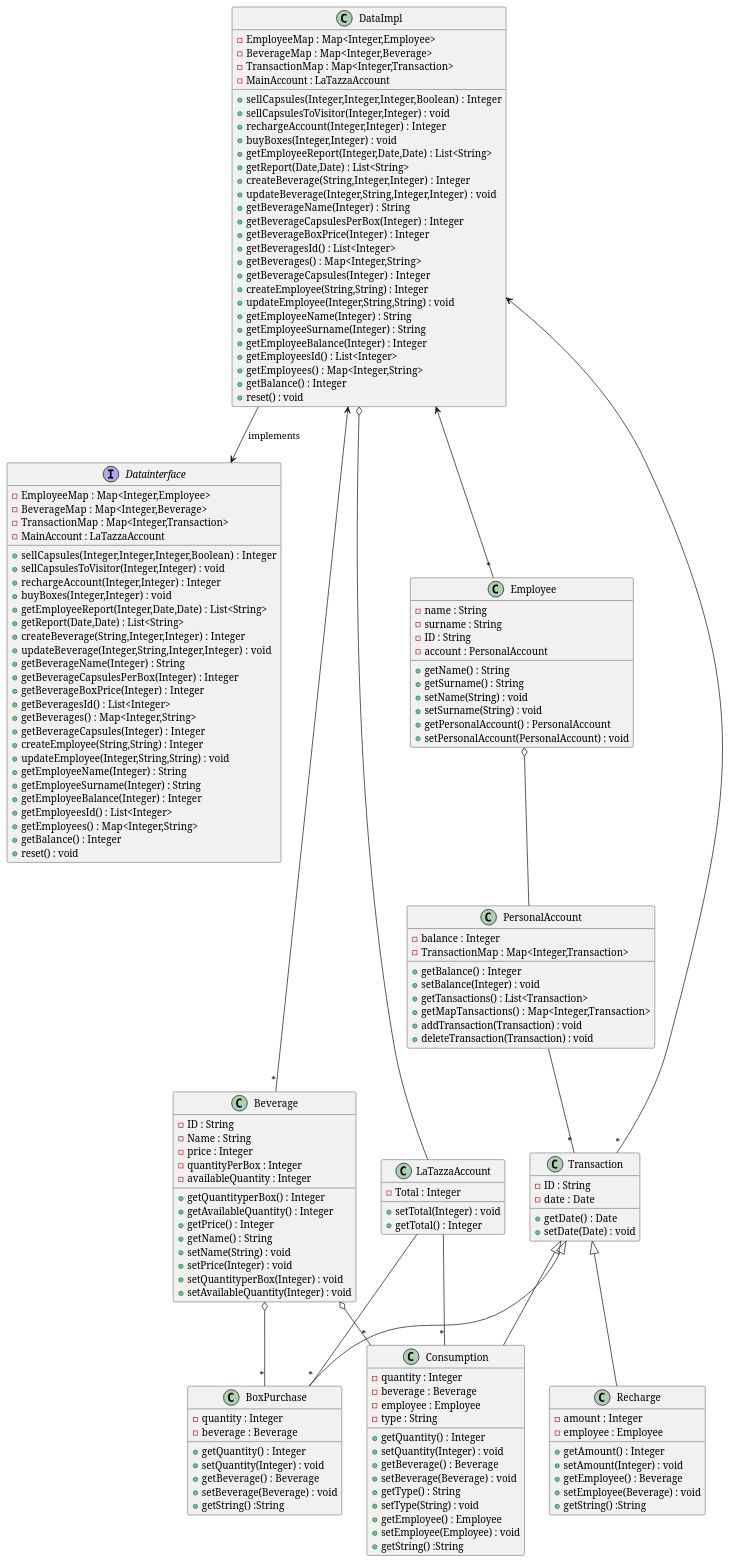
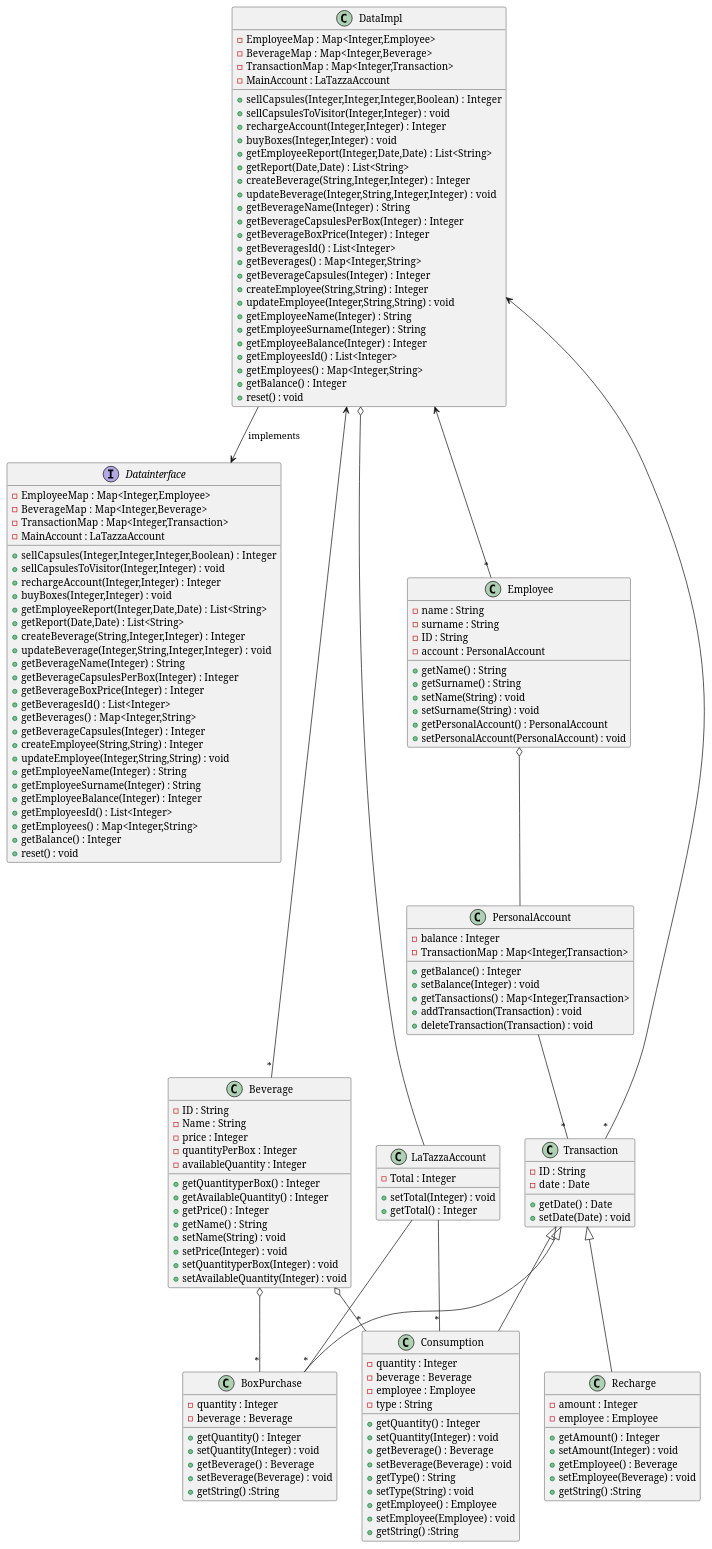
One commit to salvatore-dimartino/LaTazza changed the third of 7 diagrams in templates/DesignDocumentTemplate.md. Above: the diagram before and after it, drawn with PlantUML.

```diff
--- a/templates/DesignDocumentTemplate.md
+++ b/templates/DesignDocumentTemplate.md
@@ -146,8 +146,7 @@
     
     +getBalance() : Integer
     +setBalance(Integer) : void
-    +getTansactions() : List<Transaction>
-    +getMapTansactions() : Map<Integer,Transaction>
+    +getTansactions() : Map<Integer,Transaction>
     +addTransaction(Transaction) : void
     +deleteTransaction(Transaction) : void
 }
```
